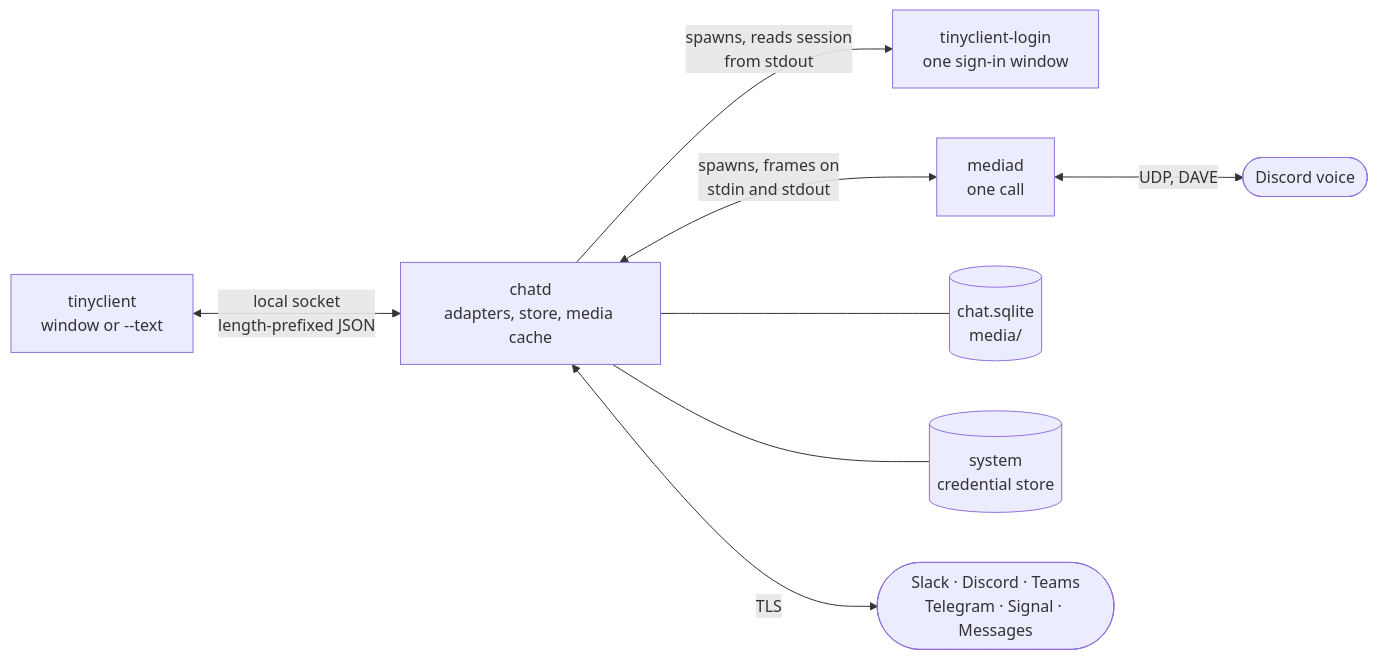
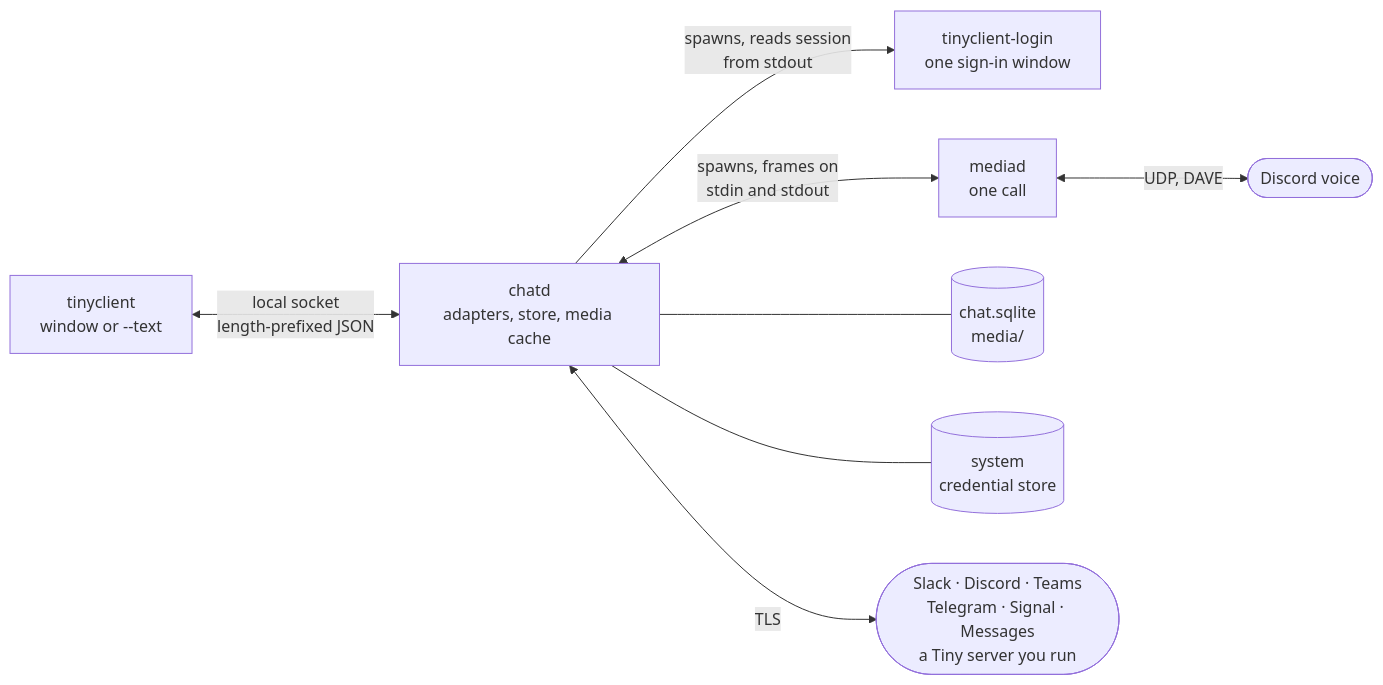
Before and after one commit to TinyComms/tinyclient: the diagram in README.md, drawn with Mermaid. The commit also changed other lines of this file and 30 other files, not shown here.

First line of the commit message:
Add an optional Tiny server from the account menu.

````diff
--- a/README.md
+++ b/README.md
@@ -257,19 +258,19 @@
 ```mermaid
 flowchart LR
     shell["tinyclient<br/>window or --text"]
     chatd["chatd<br/>adapters, store, media cache"]
     login["tinyclient-login<br/>one sign-in window"]
     mediad["mediad<br/>one call"]
     db[("chat.sqlite<br/>media/")]
     keys[("system<br/>credential store")]
-    nets(["Slack · Discord · Teams<br/>Telegram · Signal · Messages"])
+    nets(["Slack · Discord · Teams<br/>Telegram · Signal · Messages<br/>a Tiny server you run"])
     voice(["Discord voice"])
 
     shell <-->|"local socket<br/>length-prefixed JSON"| chatd
     chatd -->|"spawns, reads session<br/>from stdout"| login
     chatd <-->|"spawns, frames on<br/>stdin and stdout"| mediad
     chatd --- db
     chatd --- keys
     chatd <-->|TLS| nets
     mediad <-->|"UDP, DAVE"| voice
 ```
````
